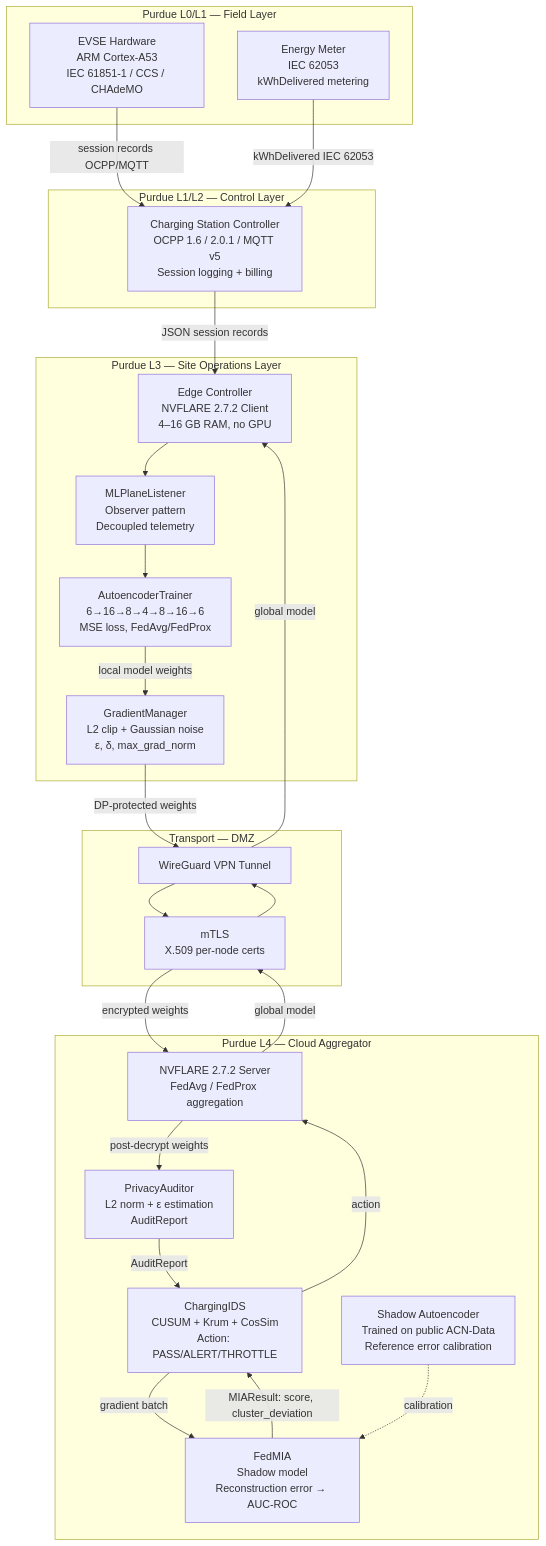
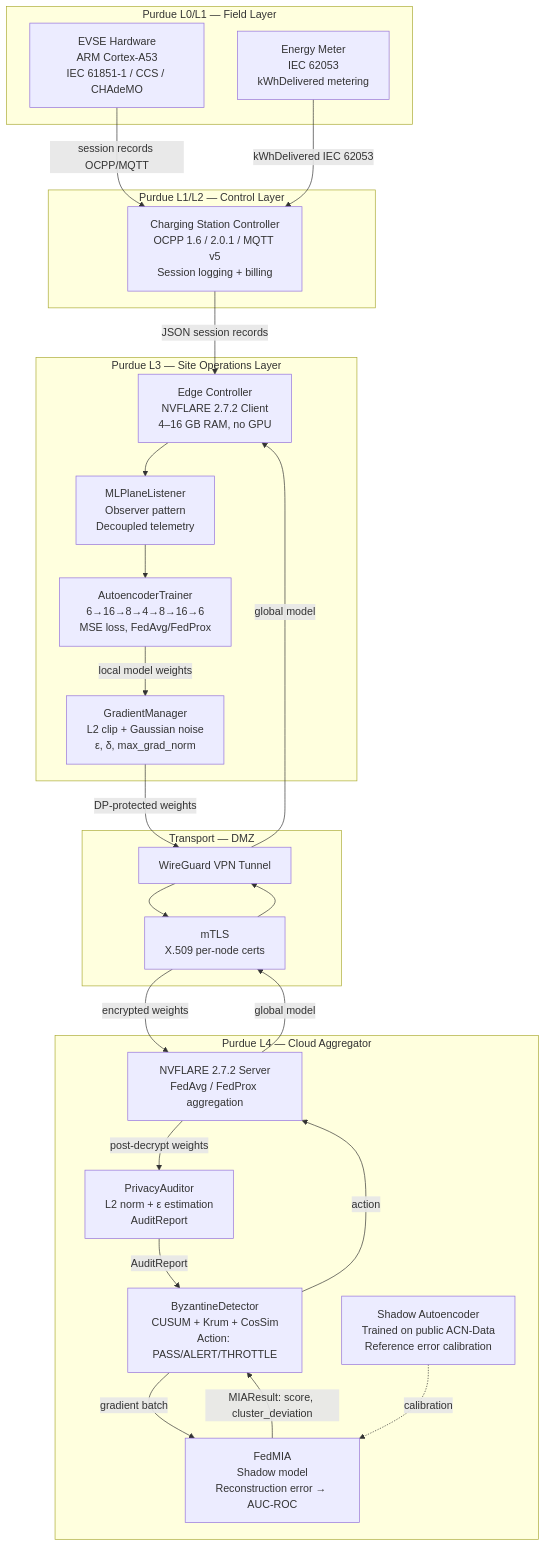
Before and after one commit to susetta85/ChargeShield-FL: the first of 2 diagrams in docs/ThreatModel.md, drawn with Mermaid. The commit also changed other lines of this file and 80 other files, not shown here.

First line of the commit message:
Campagna paper completa (task #52) + fix pseudo-replicazione + rename ByzantineDetector

````diff
--- a/docs/ThreatModel.md
+++ b/docs/ThreatModel.md
@@ -132,50 +159,50 @@
 ```mermaid
 graph TD
     subgraph "Purdue L0/L1 — Field Layer"
         EV[EVSE Hardware\nARM Cortex-A53\nIEC 61851-1 / CCS / CHAdeMO]
         MTR[Energy Meter\nIEC 62053\nkWhDelivered metering]
     end
 
     subgraph "Purdue L1/L2 — Control Layer"
         CSC[Charging Station Controller\nOCPP 1.6 / 2.0.1 / MQTT v5\nSession logging + billing]
     end
 
     subgraph "Purdue L3 — Site Operations Layer"
         EDGE[Edge Controller\nNVFLARE 2.7.2 Client\n4–16 GB RAM, no GPU]
         AT[AutoencoderTrainer\n6→16→8→4→8→16→6\nMSE loss, FedAvg/FedProx]
         GM[GradientManager\nL2 clip + Gaussian noise\nε, δ, max_grad_norm]
         ML[MLPlaneListener\nObserver pattern\nDecoupled telemetry]
     end
 
     subgraph "Transport — DMZ"
         WG[WireGuard VPN Tunnel]
         TLS[mTLS\nX.509 per-node certs]
     end
 
     subgraph "Purdue L4 — Cloud Aggregator"
         SRV[NVFLARE 2.7.2 Server\nFedAvg / FedProx aggregation]
         PA[PrivacyAuditor\nL2 norm + ε estimation\nAuditReport]
-        IDS[ChargingIDS\nCUSUM + Krum + CosSim\nAction: PASS/ALERT/THROTTLE]
+        IDS[ByzantineDetector\nCUSUM + Krum + CosSim\nAction: PASS/ALERT/THROTTLE]
         MIA[FedMIA\nShadow model\nReconstruction error → AUC-ROC]
         SHADOW[Shadow Autoencoder\nTrained on public ACN-Data\nReference error calibration]
     end
 
     EV -->|session records OCPP/MQTT| CSC
     MTR -->|kWhDelivered IEC 62053| CSC
     CSC -->|JSON session records| EDGE
     EDGE --> ML
     ML --> AT
     AT -->|local model weights| GM
     GM -->|DP-protected weights| WG
     WG --> TLS
     TLS -->|encrypted weights| SRV
     SRV -->|post-decrypt weights| PA
     PA -->|AuditReport| IDS
     IDS -->|gradient batch| MIA
     SHADOW -.->|calibration| MIA
     MIA -->|MIAResult: score, cluster_deviation| IDS
     IDS -->|action| SRV
     SRV -->|global model| TLS
     TLS --> WG
     WG -->|global model| EDGE
 ```
````
